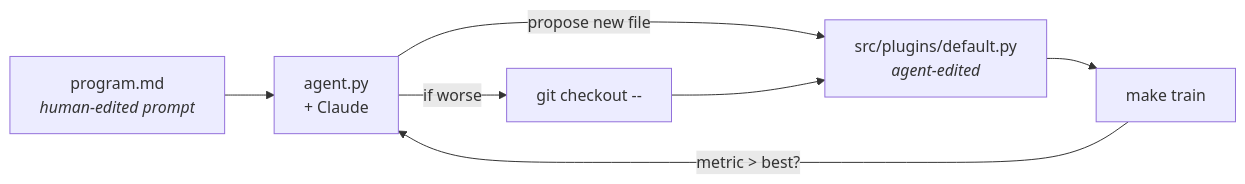
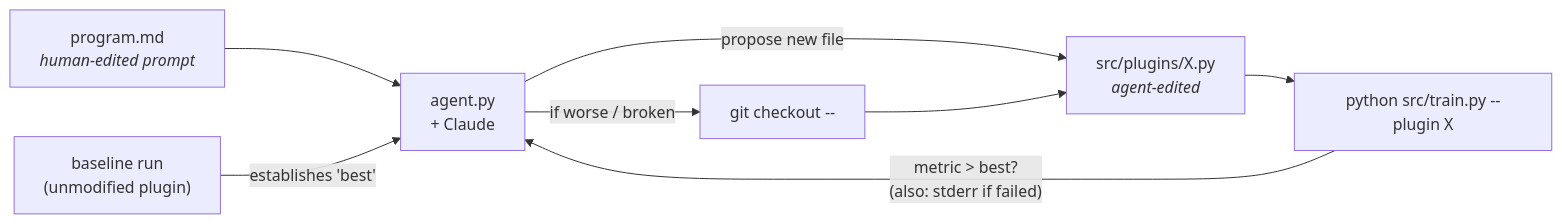
The sixth of 7 diagrams in README.md (dnewcome/sage-baker), drawn with Mermaid before and after one commit. The commit also changed other lines of this file, not shown here.

First line of the commit message:
README sweep: bring stale agent + serving sections up to date

````diff
--- a/README.md
+++ b/README.md
@@ -1047,14 +1054,16 @@
 ```mermaid
 flowchart LR
   PROG[program.md<br/><i>human-edited prompt</i>]
+  BASE["baseline run<br/>(unmodified plugin)"]
   AGENT[agent.py<br/>+ Claude]
-  PLUGIN[src/plugins/default.py<br/><i>agent-edited</i>]
-  TRAIN[make train]
+  PLUGIN[src/plugins/X.py<br/><i>agent-edited</i>]
+  TRAIN["python src/train.py --plugin X"]
   REVERT[git checkout --]
 
   PROG --> AGENT
+  BASE -->|"establishes 'best'"| AGENT
   AGENT -->|propose new file| PLUGIN
   PLUGIN --> TRAIN
-  TRAIN -->|metric > best?| AGENT
-  AGENT -->|if worse| REVERT --> PLUGIN
+  TRAIN -->|"metric > best?<br/>(also: stderr if failed)"| AGENT
+  AGENT -->|"if worse / broken"| REVERT --> PLUGIN
 ```
````
